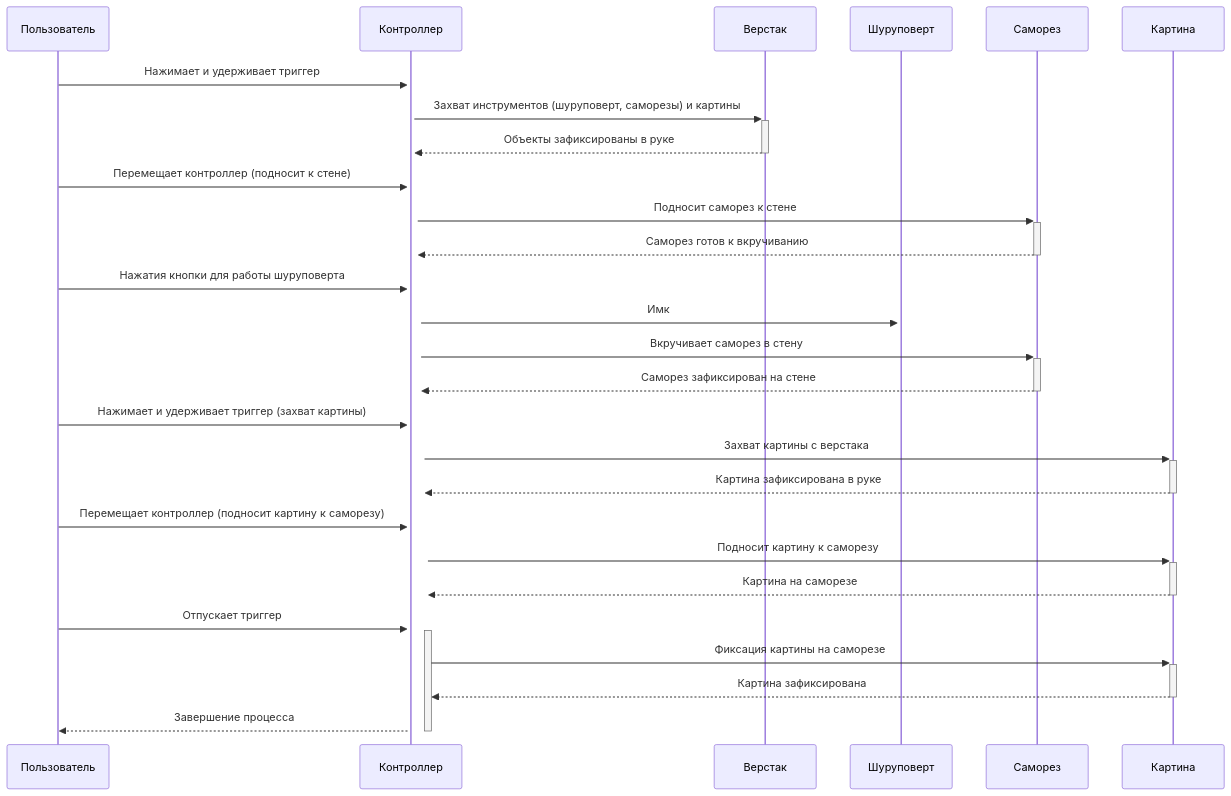
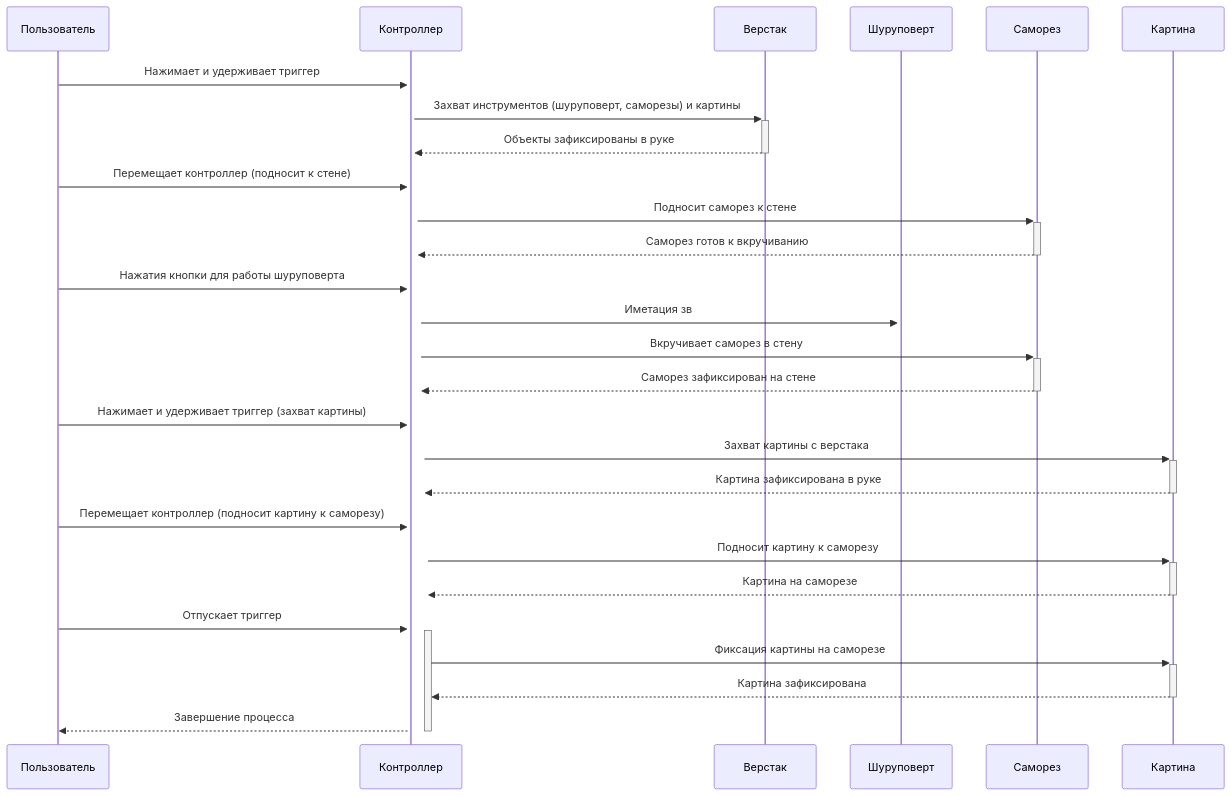
One commit to NerdyCep/iodraw-files changed the diagram in all/не называться-1.md. Above: the diagram before and after it, drawn with Mermaid.

Commit message:
2025-02-25 18:26:44 update

````diff
--- a/all/не называться-1.md
+++ b/all/не называться-1.md
@@ -1,31 +1,31 @@
 ```mermaid
 sequenceDiagram
     participant Пользователь
     participant Контроллер
     participant Верстак
     participant Шуруповерт
     participant Саморез
     participant Картина
     
 
     Пользователь->>+Контроллер: Нажимает и удерживает триггер
     Контроллер->>+Верстак: Захват инструментов (шуруповерт, саморезы) и картины
     Верстак-->>-Контроллер: Объекты зафиксированы в руке
     Пользователь->>+Контроллер: Перемещает контроллер (подносит к стене)
     Контроллер->>+Саморез: Подносит саморез к стене
     Саморез-->>-Контроллер: Саморез готов к вкручиванию
     Пользователь->>+Контроллер: Нажатия кнопки для работы шуруповерта
-    Контроллер->>+Шуруповерт: Имк
+    Контроллер->>+Шуруповерт: Иметация зв
     Контроллер->>+Саморез: Вкручивает саморез в стену
     Саморез-->>-Контроллер: Саморез зафиксирован на стене
     Пользователь->>+Контроллер: Нажимает и удерживает триггер (захват картины)
     Контроллер->>+Картина: Захват картины с верстака
     Картина-->>-Контроллер: Картина зафиксирована в руке
     Пользователь->>+Контроллер: Перемещает контроллер (подносит картину к саморезу)
     Контроллер->>+Картина: Подносит картину к саморезу
     Картина-->>-Контроллер: Картина на саморезе
     Пользователь->>+Контроллер: Отпускает триггер
     Контроллер->>+Картина: Фиксация картины на саморезе
     Картина-->>-Контроллер: Картина зафиксирована
     Контроллер-->>-Пользователь: Завершение процесса
 ```
````
